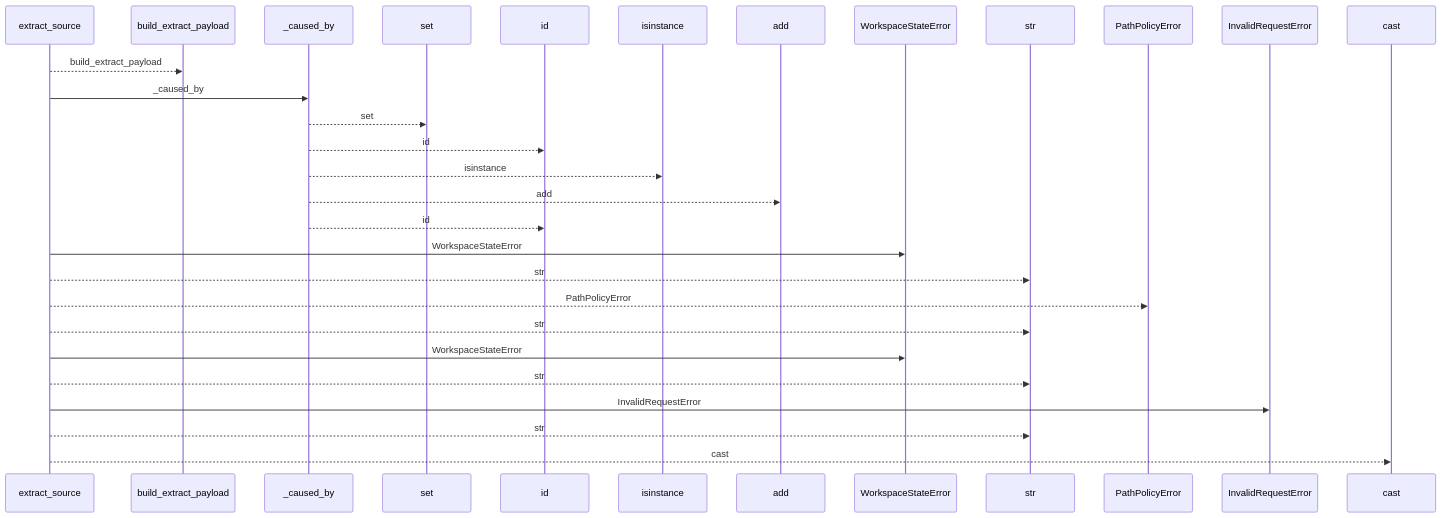
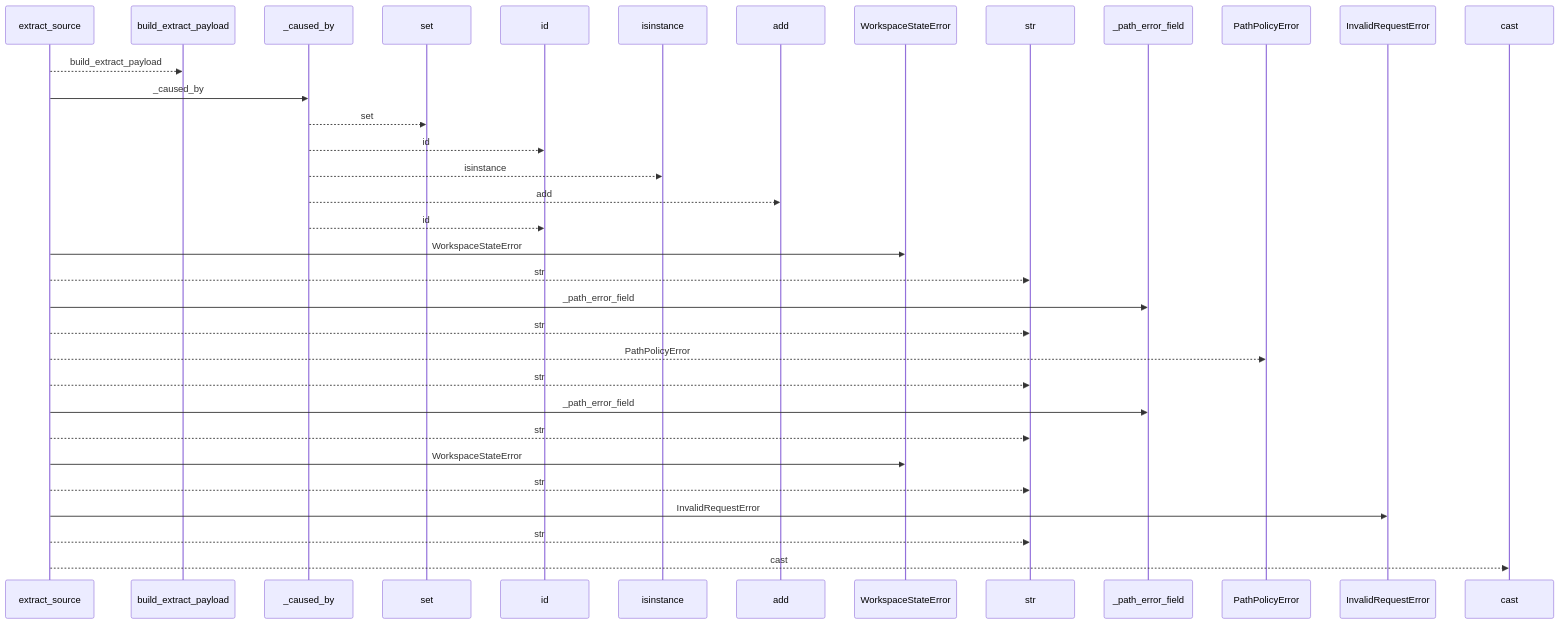
The first of 2 diagrams in docs/llm_wiki/flows/api-extract_source.md (Denissvgn/python-wiki-llm), drawn with Mermaid before and after one commit. The commit also changed other lines of this file and 364 other files, not shown here.

````diff
--- a/docs/llm_wiki/flows/api-extract_source.md
+++ b/docs/llm_wiki/flows/api-extract_source.md
@@ -10,31 +10,36 @@
 ```mermaid
 sequenceDiagram
     participant p0 as extract_source
     participant p1 as build_extract_payload
     participant p2 as _caused_by
     participant p3 as set
     participant p4 as id
     participant p5 as isinstance
     participant p6 as add
     participant p7 as WorkspaceStateError
     participant p8 as str
-    participant p9 as PathPolicyError
-    participant p10 as InvalidRequestError
-    participant p11 as cast
+    participant p9 as _path_error_field
+    participant p10 as PathPolicyError
+    participant p11 as InvalidRequestError
+    participant p12 as cast
     p0-->>p1: build_extract_payload
     p0->>p2: _caused_by
     p2-->>p3: set
     p2-->>p4: id
     p2-->>p5: isinstance
     p2-->>p6: add
     p2-->>p4: id
     p0->>p7: WorkspaceStateError
     p0-->>p8: str
-    p0-->>p9: PathPolicyError
+    p0->>p9: _path_error_field
+    p0-->>p8: str
+    p0-->>p10: PathPolicyError
+    p0-->>p8: str
+    p0->>p9: _path_error_field
     p0-->>p8: str
     p0->>p7: WorkspaceStateError
     p0-->>p8: str
-    p0->>p10: InvalidRequestError
+    p0->>p11: InvalidRequestError
     p0-->>p8: str
-    p0-->>p11: cast
+    p0-->>p12: cast
 ```
````
